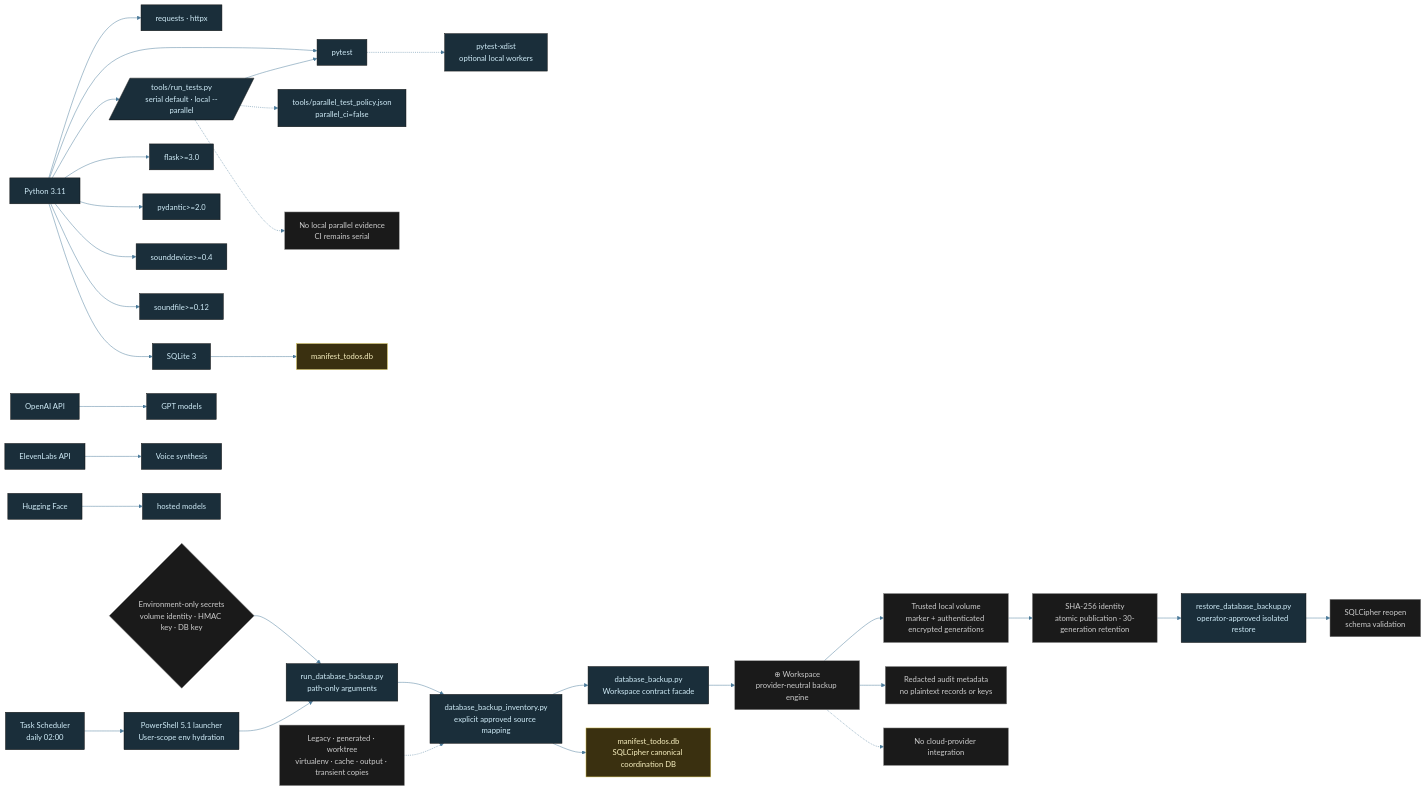
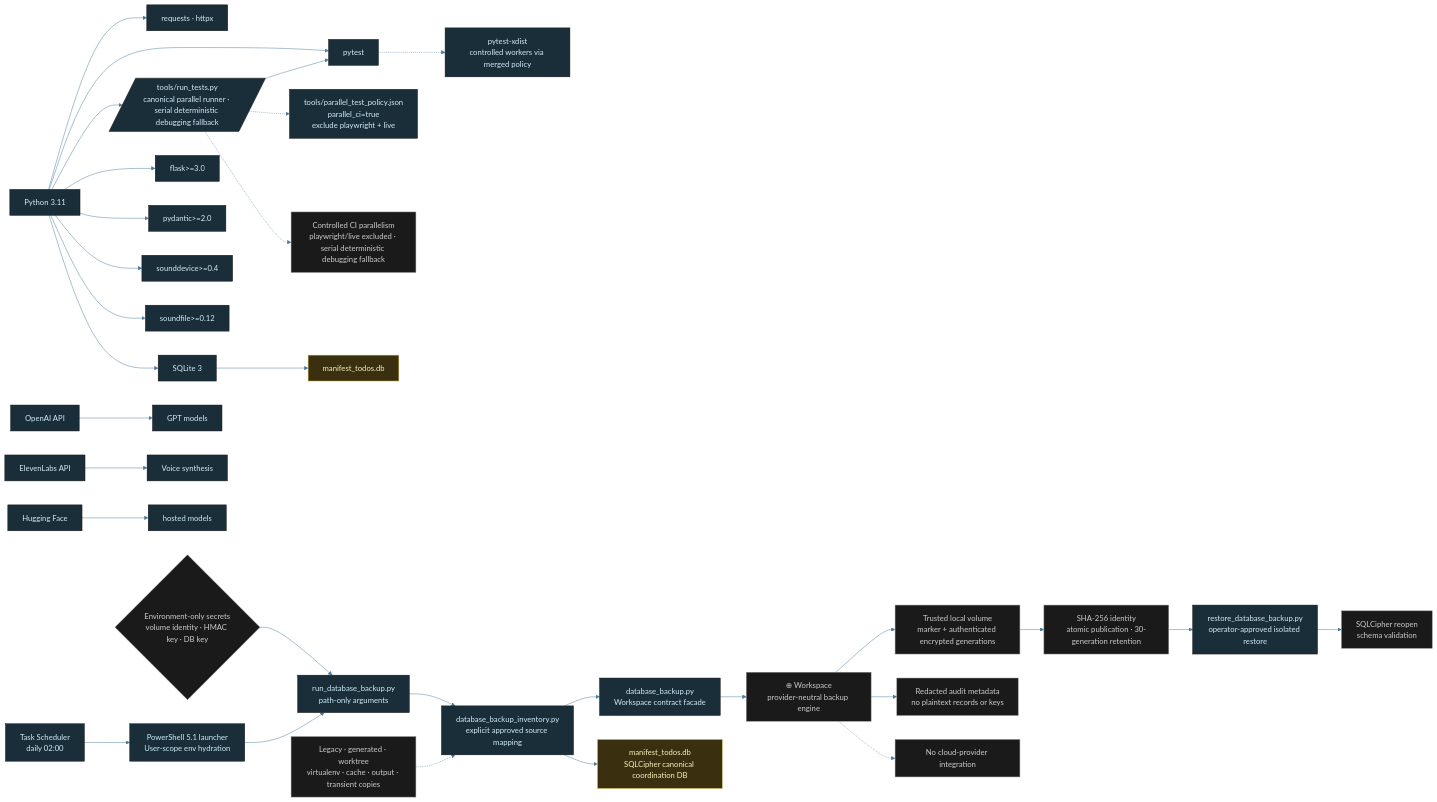
Before and after one commit to tylerdrakemusic/-Workspace: the diagram in diagrams/manifest-tech-stack.mmd, drawn with Mermaid. The commit also changed 2 other files, not shown here.

Commit message:
docs: repair Quantum and AI-Manifest xdist diagrams

```diff
--- a/diagrams/manifest-tech-stack.mmd
+++ b/diagrams/manifest-tech-stack.mmd
@@ -1,54 +1,54 @@
 %%{init: {'theme': 'base', 'themeVariables': {'primaryColor': '#1a2e3a', 'primaryTextColor': '#d0ecf8', 'edgeLabelBackground': '#0f1318', 'lineColor': '#4a7a9a'}}}%%
 graph LR
     Python[Python 3.11] --> Requests[requests · httpx]
     Python --> Pytest[pytest]
-    Python --> TestRunner[/tools/run_tests.py<br/>serial default · local --parallel/]
+    Python --> TestRunner[/tools/run_tests.py<br/>canonical parallel runner · serial deterministic debugging fallback/]
     TestRunner --> Pytest
-    TestRunner -.-> TestPolicy[tools/parallel_test_policy.json<br/>parallel_ci=false]
-    Pytest -.-> Xdist[pytest-xdist<br/>optional local workers]
-    TestRunner -.-> ParallelEvidence[No local parallel evidence<br/>CI remains serial]
+    TestRunner -.-> TestPolicy[tools/parallel_test_policy.json<br/>parallel_ci=true<br/>exclude playwright + live]
+    Pytest -.-> Xdist[pytest-xdist<br/>controlled workers via merged policy]
+    TestRunner -.-> ParallelEvidence[Controlled CI parallelism<br/>playwright/live excluded · serial deterministic debugging fallback]
     Python --> Flask[flask>=3.0]
     Python --> Pydantic[pydantic>=2.0]
     Python --> Sounddevice[sounddevice>=0.4]
     Python --> Soundfile[soundfile>=0.12]
     Python --> SQLite[SQLite 3]
     SQLite --> TodosDB[manifest_todos.db]
     class SQLite lib
     class TodosDB db
     OpenAI[OpenAI API] --> GPT[GPT models]
     ElevenLabs[ElevenLabs API] --> TTS[Voice synthesis]
     HF[Hugging Face] --> Models[hosted models]
     class Python lang
     class OpenAI,ElevenLabs,HF api
     class Requests,Pytest,TestRunner,TestPolicy,Xdist,Flask,Pydantic,Sounddevice,Soundfile,GPT,TTS,Models lib
     class ParallelEvidence state
 
     %% FR-20260816-ai-manifest-database-backup-restore
     BackupFacade[database_backup.py<br/>Workspace contract facade] --> BackupEngine[⊕ Workspace<br/>provider-neutral backup engine]
     BackupInventory[database_backup_inventory.py<br/>explicit approved source mapping] --> BackupFacade
     BackupInventory --> ManifestTodoDB[manifest_todos.db<br/>SQLCipher canonical coordination DB]
     BackupLauncher[PowerShell 5.1 launcher<br/>User-scope env hydration] --> BackupRunner[run_database_backup.py<br/>path-only arguments]
     BackupTask[Task Scheduler<br/>daily 02:00] --> BackupLauncher
     BackupRunner --> BackupInventory
     BackupSecrets{Environment-only secrets<br/>volume identity · HMAC key · DB key} --> BackupRunner
     BackupEngine --> BackupStorage[Trusted local volume<br/>marker + authenticated encrypted generations]
     BackupStorage --> BackupIntegrity[SHA-256 identity<br/>atomic publication · 30-generation retention]
     RestoreTool[restore_database_backup.py<br/>operator-approved isolated restore] --> RestoreCheck[SQLCipher reopen<br/>schema validation]
     BackupIntegrity --> RestoreTool
     BackupEngine --> Audit[Redacted audit metadata<br/>no plaintext records or keys]
     BackupEngine -.-> NoCloud[No cloud-provider integration]
     BackupExclusions[Legacy · generated · worktree<br/>virtualenv · cache · output · transient copies] -.-> BackupInventory
     class BackupFacade,BackupInventory,BackupLauncher,BackupRunner,BackupTask,RestoreTool util
     class BackupEngine,BackupStorage,BackupIntegrity,Audit state
     class ManifestTodoDB db
     class BackupSecrets,NoCloud,BackupExclusions,RestoreCheck state
 
 classDef life     fill:#1a2e3a,stroke:#6ab4d4,color:#d0ecf8
 classDef music    fill:#3a1a24,stroke:#d47a8f,color:#f8d0dc
 classDef quantum  fill:#251a3a,stroke:#a07adf,color:#e8d0f8
 classDef manifest fill:#3a2e1a,stroke:#d4a96a,color:#f8ead0
 classDef ws       fill:#1a3a30,stroke:#6ad4b4,color:#d0f8ee
 classDef tyler    fill:#2a1a3a,stroke:#9e4aff,color:#fff
 classDef ext      fill:#3a2020,stroke:#ff7a7a,color:#ffd0d0
 classDef db       fill:#3a3010,stroke:#d4c050,color:#f8f0c0
 classDef state    fill:#1a1a1a,stroke:#888888,color:#cccccc
```
